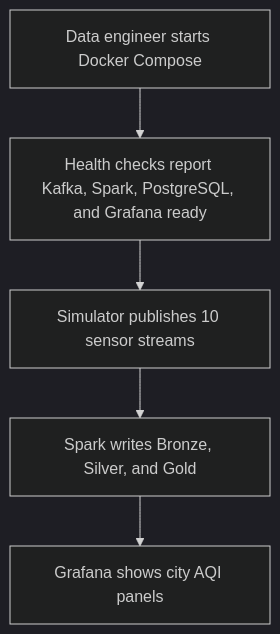
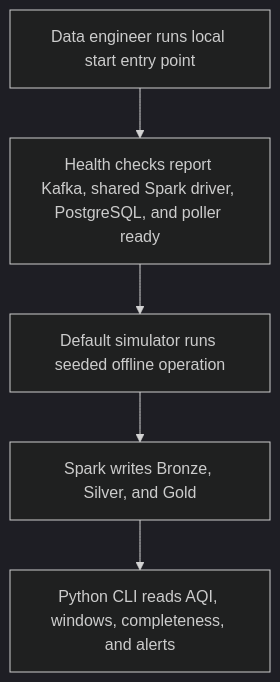
Before and after one commit to sukurcf/spec-vayustream-air-quality-pipeline: the first of 3 diagrams in docs/02-users-and-roles.md, drawn with Mermaid (dark theme). The commit also changed other lines of this file and 14 other files, not shown here.

````diff
--- a/docs/02-users-and-roles.md
+++ b/docs/02-users-and-roles.md
@@ -44,7 +44,7 @@
 ```mermaid
 flowchart TD
-  A["Data engineer starts Docker Compose"] --> B["Health checks report Kafka, Spark, PostgreSQL, and Grafana ready"]
-  B --> C["Simulator publishes 10 sensor streams"]
+  A["Data engineer runs local start entry point"] --> B["Health checks report Kafka, shared Spark driver, PostgreSQL, and poller ready"]
+  B --> C["Default simulator runs seeded offline operation"]
   C --> D["Spark writes Bronze, Silver, and Gold"]
-  D --> E["Grafana shows city AQI panels"]
+  D --> E["Python CLI reads AQI, windows, completeness, and alerts"]
 ```
````
